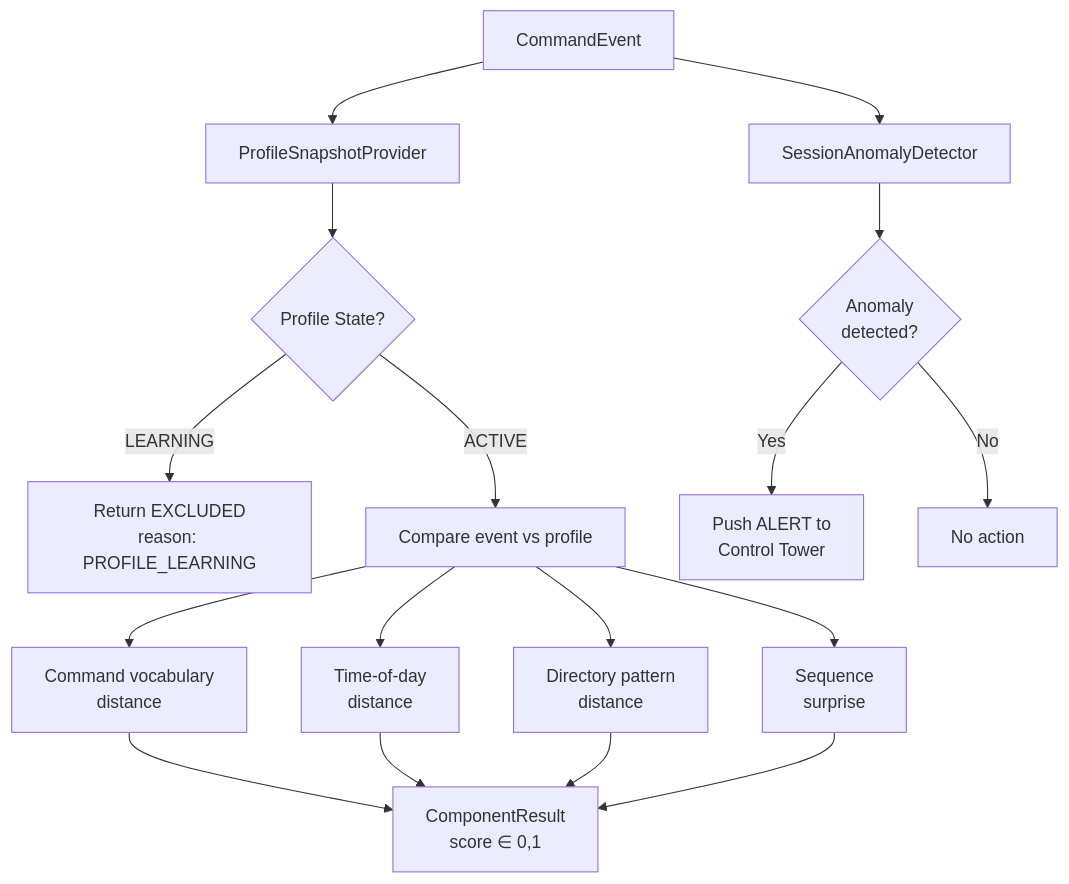
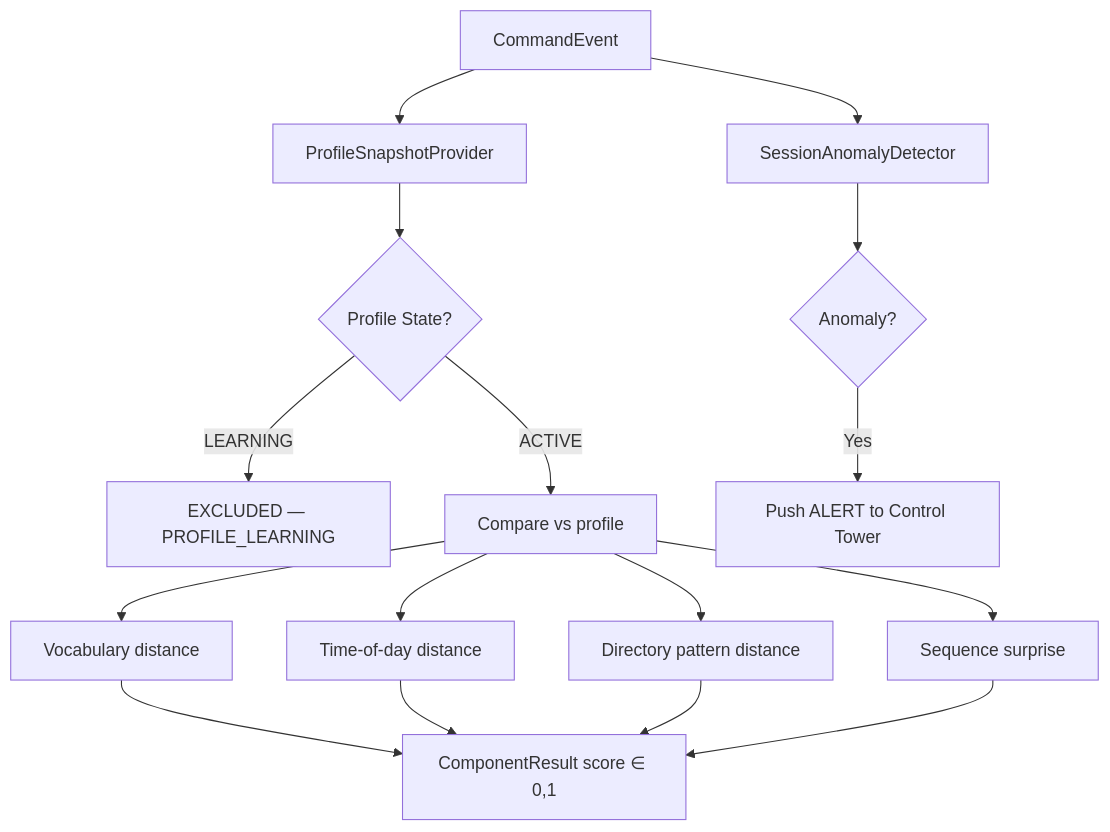
One commit to rachitGupta-ai/IntentGuard changed diagram 12 of 26 in docs/product-design-and-execution-flow.md. Above: the diagram before and after it, drawn with Mermaid. The commit also changed other lines of this file and 29 other files, not shown here.

````diff
--- a/docs/product-design-and-execution-flow.md
+++ b/docs/product-design-and-execution-flow.md
@@ -427,20 +503,15 @@
 ```mermaid
 flowchart TD
     EVT[CommandEvent] --> PSP[ProfileSnapshotProvider]
     PSP --> STATE{Profile State?}
-
-    STATE -->|LEARNING| EXCL[Return EXCLUDED<br/>reason: PROFILE_LEARNING]
-    STATE -->|ACTIVE| COMPARE[Compare event vs profile]
-
-    COMPARE --> VOC[Command vocabulary<br/>distance]
-    COMPARE --> TOD[Time-of-day<br/>distance]
-    COMPARE --> DIR[Directory pattern<br/>distance]
-    COMPARE --> SEQ[Sequence<br/>surprise]
-
-    VOC & TOD & DIR & SEQ --> SCORE[ComponentResult<br/>score ∈ 0,1]
-
+    STATE -->|LEARNING| EXCL[EXCLUDED — PROFILE_LEARNING]
+    STATE -->|ACTIVE| COMPARE[Compare vs profile]
+    COMPARE --> VOC[Vocabulary distance]
+    COMPARE --> TOD[Time-of-day distance]
+    COMPARE --> DIR[Directory pattern distance]
+    COMPARE --> SEQ[Sequence surprise]
+    VOC & TOD & DIR & SEQ --> SCORE[ComponentResult score ∈ 0,1]
     EVT --> SAD[SessionAnomalyDetector]
-    SAD --> ANOM{Anomaly<br/>detected?}
-    ANOM -->|Yes| ALERT[Push ALERT to<br/>Control Tower]
-    ANOM -->|No| NOOP[No action]
+    SAD --> ANOM{Anomaly?}
+    ANOM -->|Yes| ALERT[Push ALERT to Control Tower]
 ```
````
